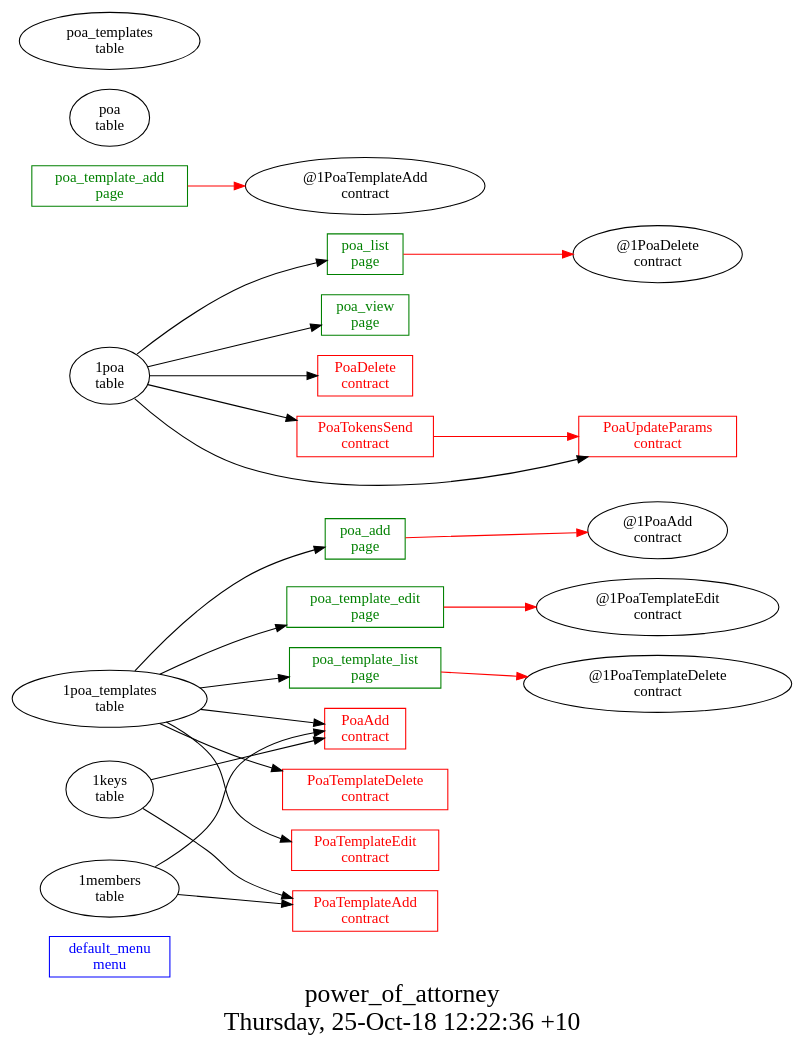
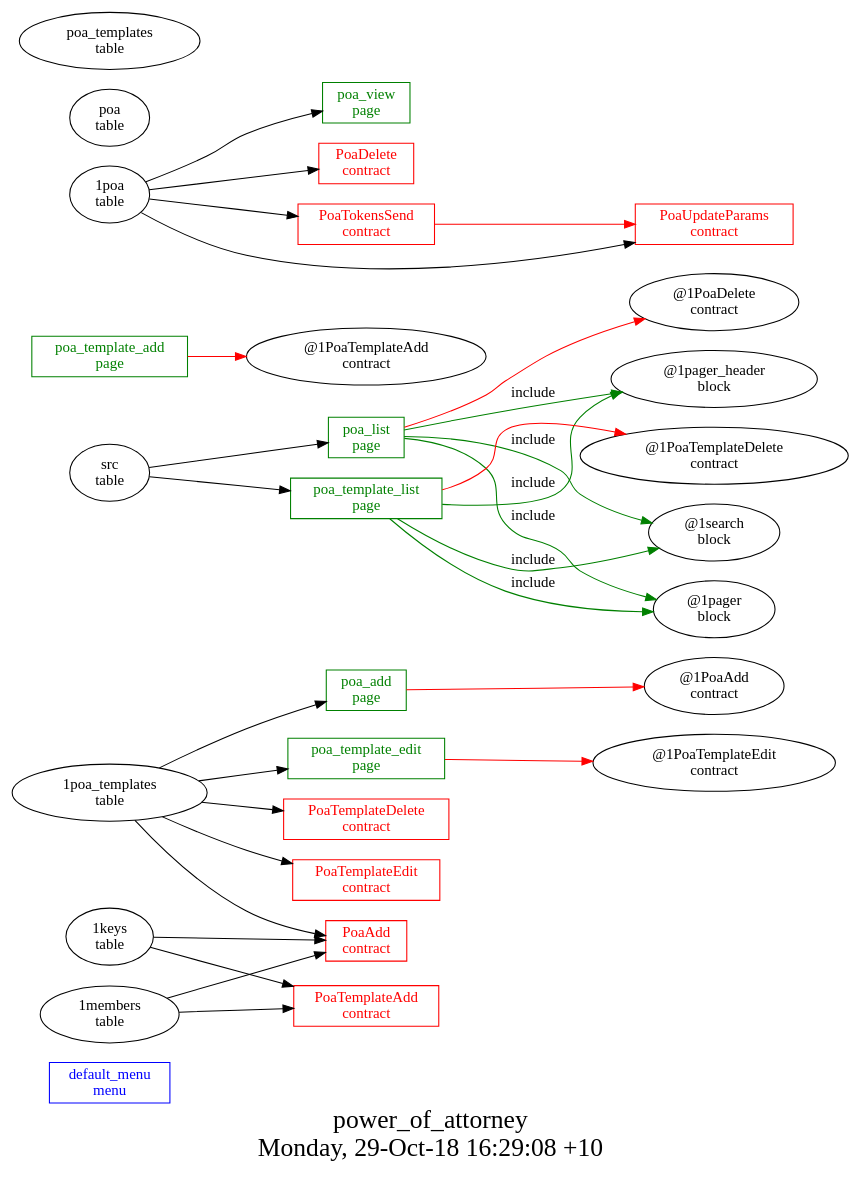
Before and after one commit to AplaProject/apps: the diagram in other/power_of_attorney/struct.dot, drawn with Graphviz. The commit also changed 9 other files, not shown here.

```diff
--- a/other/power_of_attorney/struct.dot
+++ b/other/power_of_attorney/struct.dot
@@ -1,45 +1,51 @@
 digraph G {
 fontsize="24";
-label="power_of_attorney\nThursday, 25-Oct-18 12:22:36 +10";
+label="power_of_attorney\nMonday, 29-Oct-18 16:29:08 +10";
 nojustify=true;
 ordering=out;
 rankdir=LR;
 size="30";
 "default_menu\nmenu" [color=blue, fontcolor=blue, group=menus, shape=record];
 "poa_add\npage" -> "@1PoaAdd\ncontract"  [ color=red ]
 "1poa_templates\ntable" -> "poa_add\npage"
 "poa_add\npage" [color=green, fontcolor=green, group=pages, shape=record];
 "poa_list\npage" -> "@1PoaDelete\ncontract"  [ color=red ]
-"1poa\ntable" -> "poa_list\npage"
+"src\ntable" -> "poa_list\npage"
+"poa_list\npage" -> "@1pager_header\nblock"  [ color=green, label=include ]
+"poa_list\npage" -> "@1search\nblock"  [ color=green, label=include ]
+"poa_list\npage" -> "@1pager\nblock"  [ color=green, label=include ]
 "poa_list\npage" [color=green, fontcolor=green, group=pages, shape=record];
 "poa_template_add\npage" -> "@1PoaTemplateAdd\ncontract"  [ color=red ]
 "poa_template_add\npage" [color=green, fontcolor=green, group=pages, shape=record];
 "poa_template_edit\npage" -> "@1PoaTemplateEdit\ncontract"  [ color=red ]
 "1poa_templates\ntable" -> "poa_template_edit\npage"
 "poa_template_edit\npage" [color=green, fontcolor=green, group=pages, shape=record];
 "poa_template_list\npage" -> "@1PoaTemplateDelete\ncontract"  [ color=red ]
-"1poa_templates\ntable" -> "poa_template_list\npage"
+"src\ntable" -> "poa_template_list\npage"
+"poa_template_list\npage" -> "@1pager_header\nblock"  [ color=green, label=include ]
+"poa_template_list\npage" -> "@1search\nblock"  [ color=green, label=include ]
+"poa_template_list\npage" -> "@1pager\nblock"  [ color=green, label=include ]
 "poa_template_list\npage" [color=green, fontcolor=green, group=pages, shape=record];
 "1poa\ntable" -> "poa_view\npage"
 "poa_view\npage" [color=green, fontcolor=green, group=pages, shape=record];
 "1members\ntable" -> "PoaAdd\ncontract"
 "1keys\ntable" -> "PoaAdd\ncontract"
 "1poa_templates\ntable" -> "PoaAdd\ncontract"
 "PoaAdd\ncontract" [color=red, fontcolor=red, group=contracts, shape=record];
 "1poa\ntable" -> "PoaDelete\ncontract"
 "PoaDelete\ncontract" [color=red, fontcolor=red, group=contracts, shape=record];
 "1members\ntable" -> "PoaTemplateAdd\ncontract"
 "1keys\ntable" -> "PoaTemplateAdd\ncontract"
 "PoaTemplateAdd\ncontract" [color=red, fontcolor=red, group=contracts, shape=record];
 "1poa_templates\ntable" -> "PoaTemplateDelete\ncontract"
 "PoaTemplateDelete\ncontract" [color=red, fontcolor=red, group=contracts, shape=record];
 "1poa_templates\ntable" -> "PoaTemplateEdit\ncontract"
 "PoaTemplateEdit\ncontract" [color=red, fontcolor=red, group=contracts, shape=record];
 "PoaTokensSend\ncontract" -> "PoaUpdateParams\ncontract"  [ color=red ]
 "1poa\ntable" -> "PoaTokensSend\ncontract"
 "PoaTokensSend\ncontract" [color=red, fontcolor=red, group=contracts, shape=record];
 "1poa\ntable" -> "PoaUpdateParams\ncontract"
 "PoaUpdateParams\ncontract" [color=red, fontcolor=red, group=contracts, shape=record];
 "poa\ntable" [color="", fontcolor="", group=tables, shape=""];
 "poa_templates\ntable" [color="", fontcolor="", group=tables, shape=""];
 }
```
